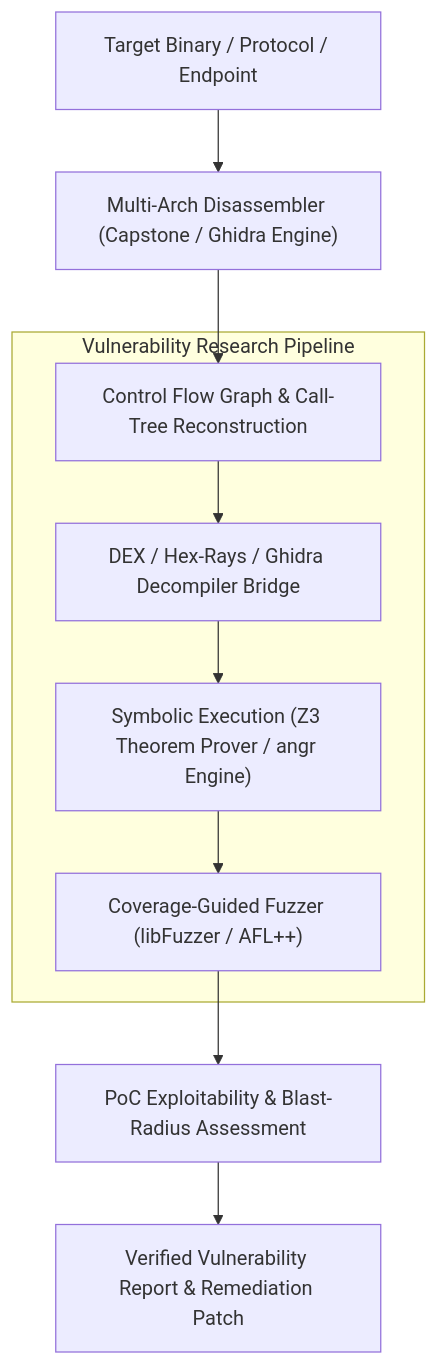
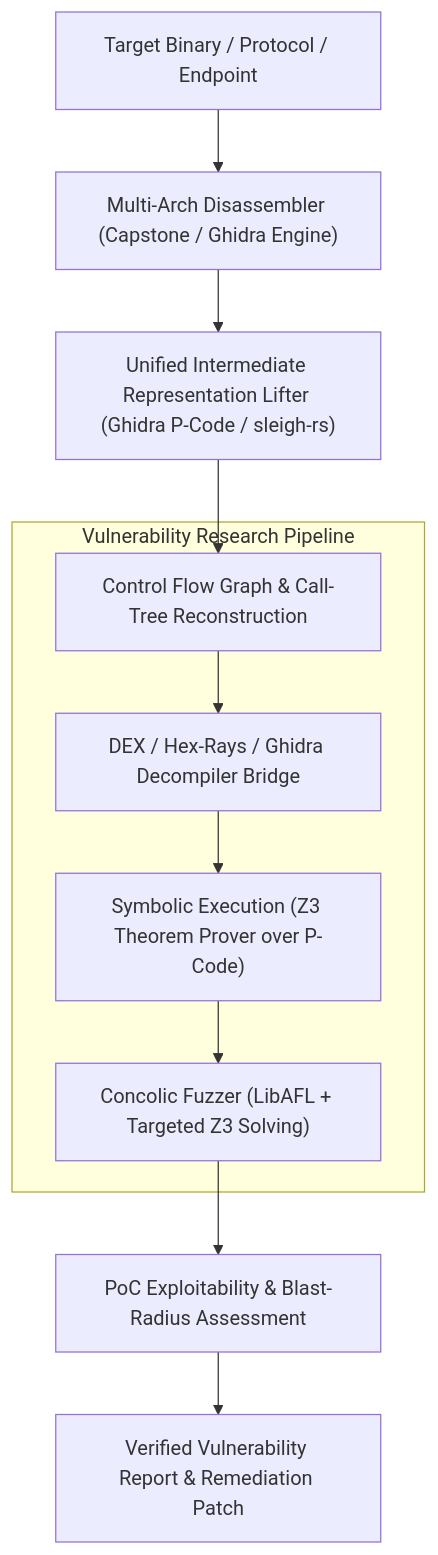
One commit to Imperialorg/Eonba changed the third of 3 diagrams in docs/CYBER_AND_PROGRAMMING_MASTERY.md. Above: the diagram before and after it, drawn with Mermaid. The commit also changed other lines of this file and 24 other files, not shown here.

````diff
--- a/docs/CYBER_AND_PROGRAMMING_MASTERY.md
+++ b/docs/CYBER_AND_PROGRAMMING_MASTERY.md
@@ -99,19 +141,20 @@
 ```mermaid
 flowchart TD
     BinaryTarget["Target Binary / Protocol / Endpoint"] --> Disassembler["Multi-Arch Disassembler (Capstone / Ghidra Engine)"]
+    Disassembler --> IRLifter["Unified Intermediate Representation Lifter (Ghidra P-Code / sleigh-rs)"]
     
     subgraph VulnerabilityResearch["Vulnerability Research Pipeline"]
         CFGBuilder["Control Flow Graph & Call-Tree Reconstruction"]
         Decompiler["DEX / Hex-Rays / Ghidra Decompiler Bridge"]
-        SymExec["Symbolic Execution (Z3 Theorem Prover / angr Engine)"]
-        FuzzHarness["Coverage-Guided Fuzzer (libFuzzer / AFL++)"]
+        SymExec["Symbolic Execution (Z3 Theorem Prover over P-Code)"]
+        FuzzHarness["Concolic Fuzzer (LibAFL + Targeted Z3 Solving)"]
     end
 
-    Disassembler --> CFGBuilder
+    IRLifter --> CFGBuilder
     CFGBuilder --> Decompiler
     Decompiler --> SymExec
     SymExec --> FuzzHarness
 
     FuzzHarness --> ExploitAssessment["PoC Exploitability & Blast-Radius Assessment"]
     ExploitAssessment --> SecurityReport["Verified Vulnerability Report & Remediation Patch"]
 ```
````
